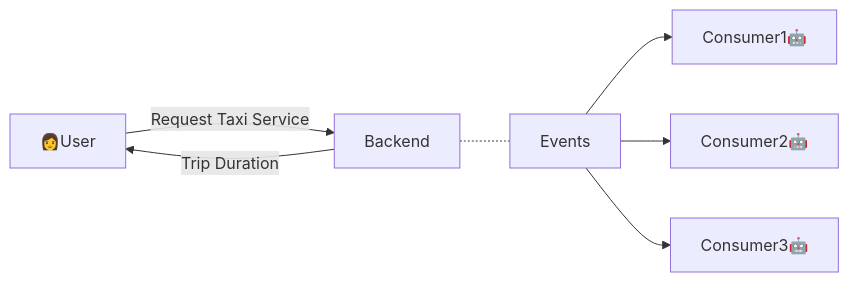
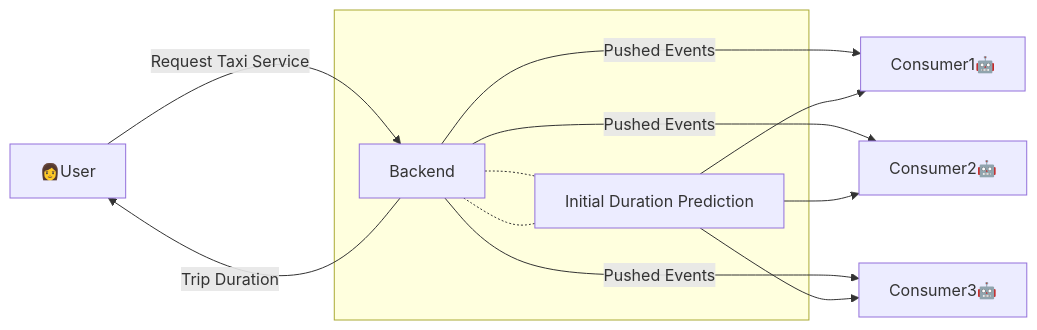
Before and after one commit to mossdet/mlops-dlp: the fourth of 5 diagrams in week04/README.md, drawn with Mermaid. The commit also changed other lines of this file, not shown here.

````diff
--- a/week04/README.md
+++ b/week04/README.md
@@ -60,6 +60,11 @@
 ```mermaid
 graph LR
     User[👩User]--> |Request Taxi Service| Backend[Backend]
     Backend--> |Trip Duration| User
+    Backend--> |Pushed Events| Consumer1[Consumer1🤖] & Consumer2[Consumer2🤖] & Consumer3[Consumer3🤖]
     Backend-.- note["Events"]--> Consumer1[Consumer1🤖] & Consumer2[Consumer2🤖] & Consumer3[Consumer3🤖]
+
+    subgraph noteB [" "]
+        Backend -.- note["Initial Duration Prediction"]
+    end
 ```
````
